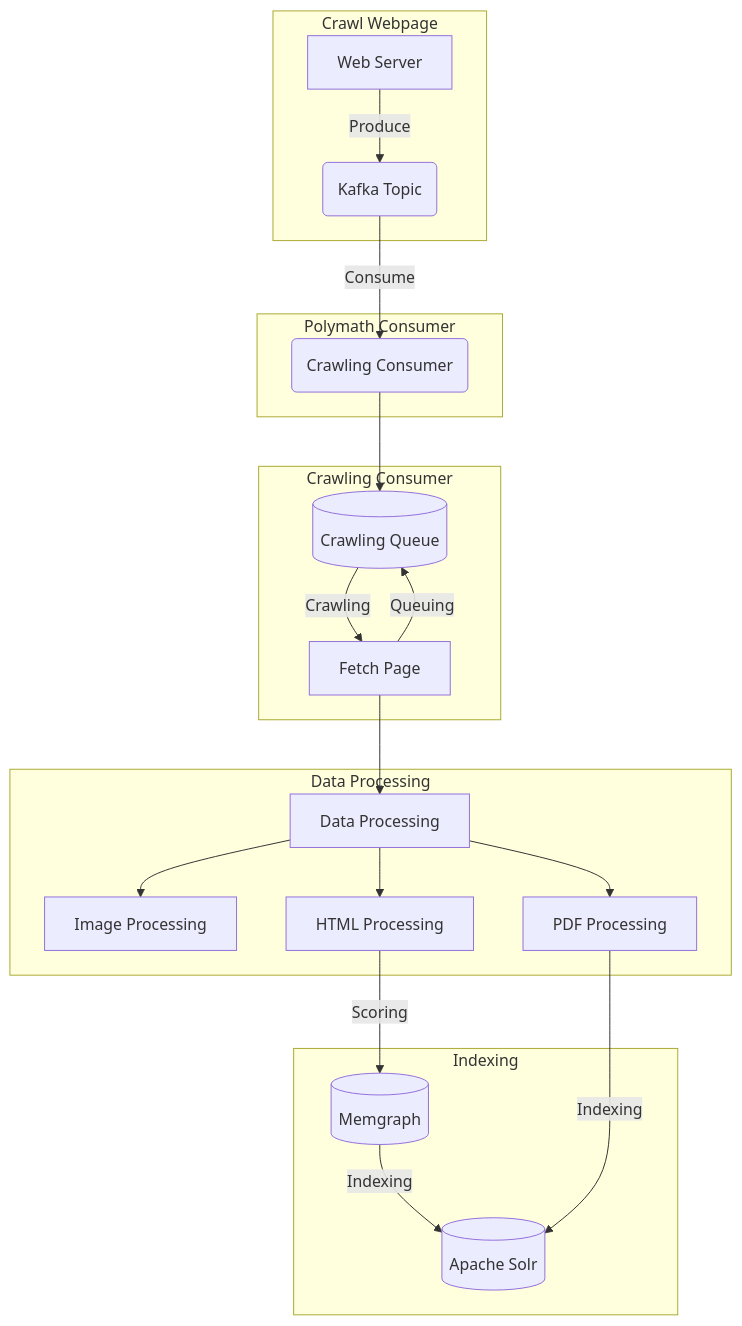
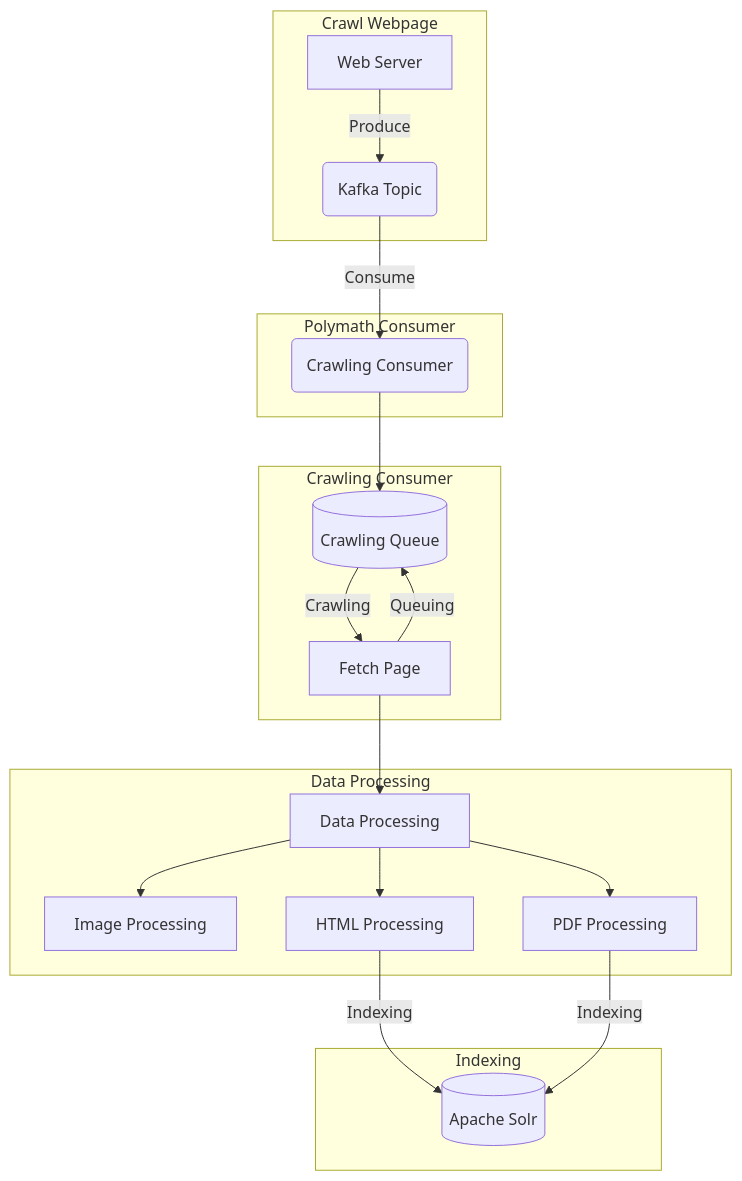
One commit to Lubmminy/polymath changed the diagram in README.md. Above: the diagram before and after it, drawn with Mermaid. The commit also changed other lines of this file, not shown here.

Commit message:
Remove scoring from graph

````diff
--- a/README.md
+++ b/README.md
@@ -8,29 +8,28 @@
 ```mermaid
 flowchart TD
     subgraph "Crawl Webpage"
         Y[Web Server] -->|Produce| Z(Kafka Topic)
     end
 
     subgraph "Polymath Consumer"
         Z -->|Consume| B(Crawling Consumer)
     end
 
     subgraph "Crawling Consumer"
         B --> C[(Crawling Queue)]
         C -->|Crawling| D[Fetch Page]
         D -->|Queuing| C
     end
 
     subgraph "Data Processing"
         D --> E[Data Processing]
         E --> F[Image Processing]
         E --> G[PDF Processing]
         E --> H[HTML Processing]
     end
 
     subgraph "Indexing"
-        H -->|Scoring| I[(Memgraph)]
-        I -->|Indexing| J[(Apache Solr)]
+        H -->|Indexing| J[(Apache Solr)]
         G -->|Indexing| J
     end
 ```
````
